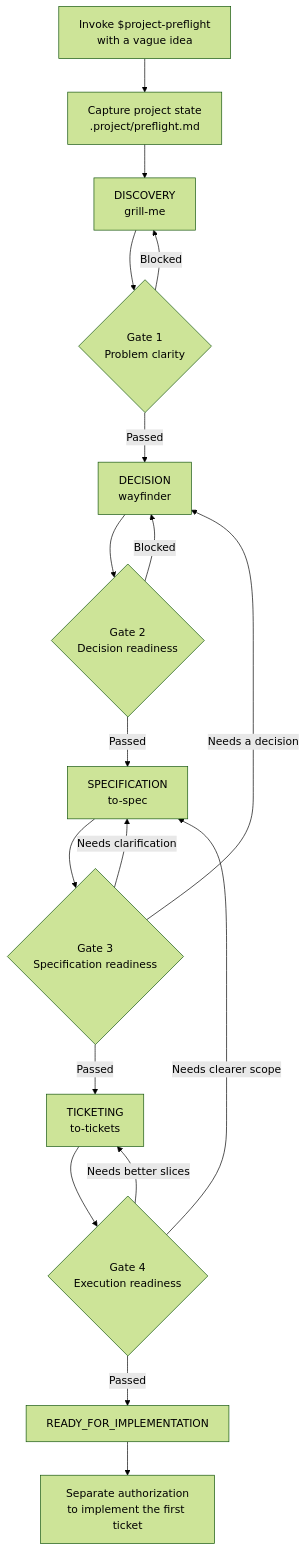
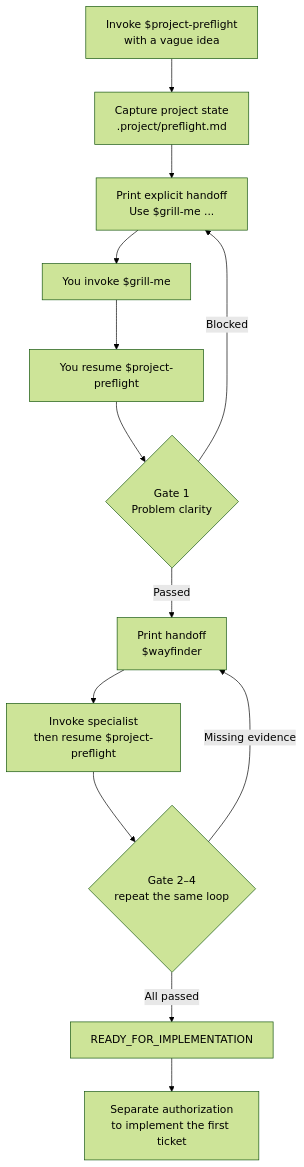
The diagram in docs/workflow.md (NaCr05/project-preflight), drawn with Mermaid (forest theme) before and after one commit. The commit also changed other lines of this file and 42 other files, not shown here.

Commit message:
Add explicit handoff state lifecycle

````diff
--- a/docs/workflow.md
+++ b/docs/workflow.md
@@ -9,20 +9,15 @@
 ```mermaid
 flowchart TD
     A["Invoke $project-preflight<br/>with a vague idea"] --> B["Capture project state<br/>.project/preflight.md"]
-    B --> C["DISCOVERY<br/>grill-me"]
-    C --> D{"Gate 1<br/>Problem clarity"}
+    B --> C["Print explicit handoff<br/>Use $grill-me ..."]
+    C --> U1["You invoke $grill-me"]
+    U1 --> R1["You resume $project-preflight"]
+    R1 --> D{"Gate 1<br/>Problem clarity"}
     D -->|"Blocked"| C
-    D -->|"Passed"| E["DECISION<br/>wayfinder"]
-    E --> F{"Gate 2<br/>Decision readiness"}
-    F -->|"Blocked"| E
-    F -->|"Passed"| G["SPECIFICATION<br/>to-spec"]
-    G --> H{"Gate 3<br/>Specification readiness"}
-    H -->|"Needs a decision"| E
-    H -->|"Needs clarification"| G
-    H -->|"Passed"| I["TICKETING<br/>to-tickets"]
-    I --> J{"Gate 4<br/>Execution readiness"}
-    J -->|"Needs clearer scope"| G
-    J -->|"Needs better slices"| I
-    J -->|"Passed"| K["READY_FOR_IMPLEMENTATION"]
+    D -->|"Passed"| E["Print handoff<br/>$wayfinder"]
+    E --> U2["Invoke specialist<br/>then resume $project-preflight"]
+    U2 --> F{"Gate 2–4<br/>repeat the same loop"}
+    F -->|"Missing evidence"| E
+    F -->|"All passed"| K["READY_FOR_IMPLEMENTATION"]
     K --> L["Separate authorization<br/>to implement the first ticket"]
 ```
````
